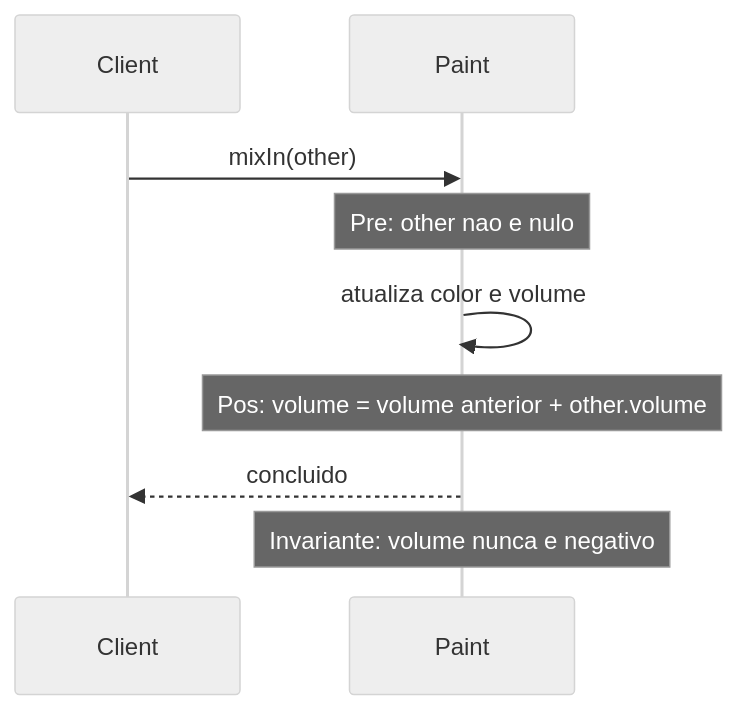
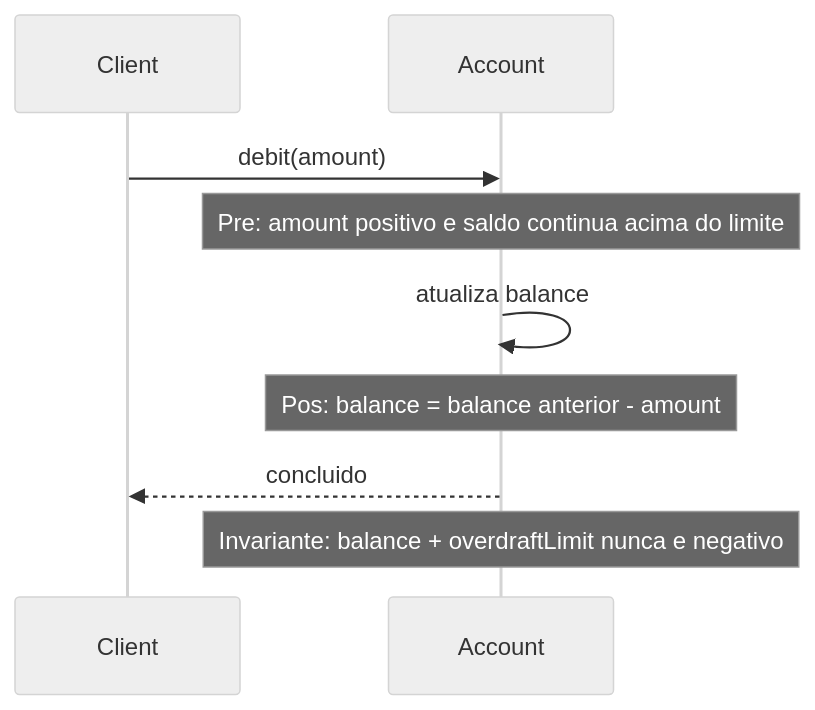
The diagram in docs/design/ddd/supple-design/assertions.md (alancesar/design-patterns), drawn with Mermaid (neutral theme) before and after one commit. The commit also changed other lines of this file and 67 other files, not shown here.

First line of the commit message:
Switch DDD examples and diagrams to fintech scenarios

````diff
--- a/docs/design/ddd/supple-design/assertions.md
+++ b/docs/design/ddd/supple-design/assertions.md
@@ -54,11 +54,11 @@
 ```mermaid
 sequenceDiagram
     participant C as Client
-    participant P as Paint
-    C->>P: mixIn(other)
-    Note over P: Pre: other nao e nulo
-    P->>P: atualiza color e volume
-    Note over P: Pos: volume = volume anterior + other.volume
-    P-->>C: concluido
-    Note over P: Invariante: volume nunca e negativo
+    participant A as Account
+    C->>A: debit(amount)
+    Note over A: Pre: amount positivo e saldo continua acima do limite
+    A->>A: atualiza balance
+    Note over A: Pos: balance = balance anterior - amount
+    A-->>C: concluido
+    Note over A: Invariante: balance + overdraftLimit nunca e negativo
 ```
````
